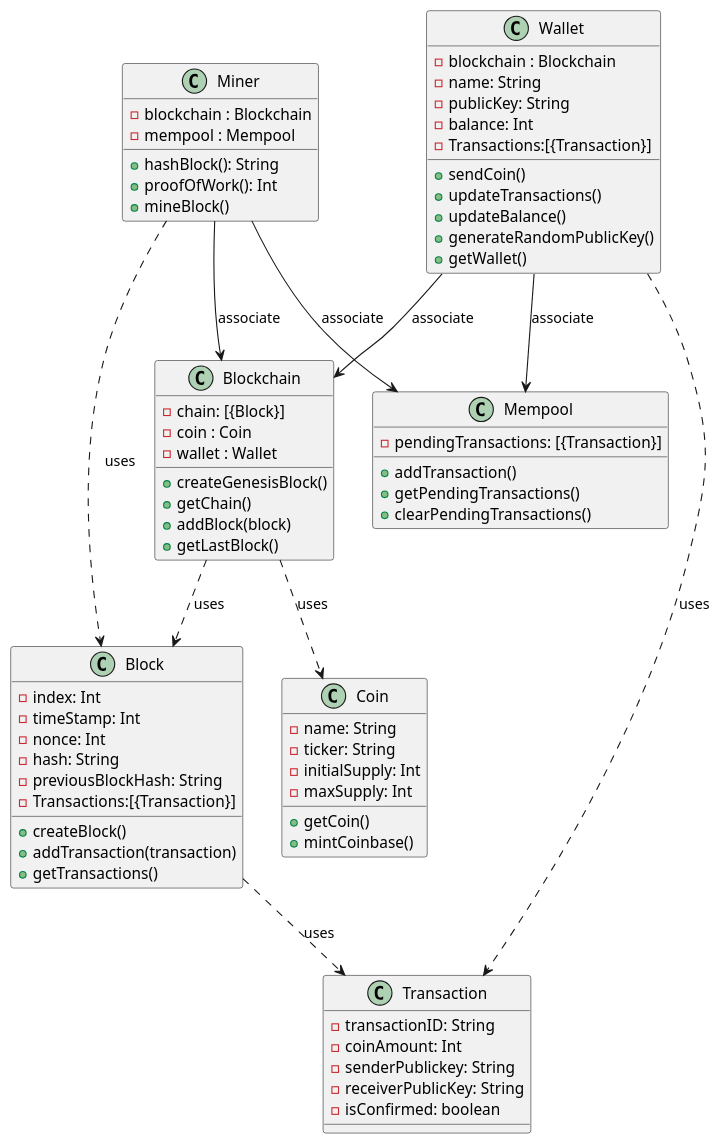
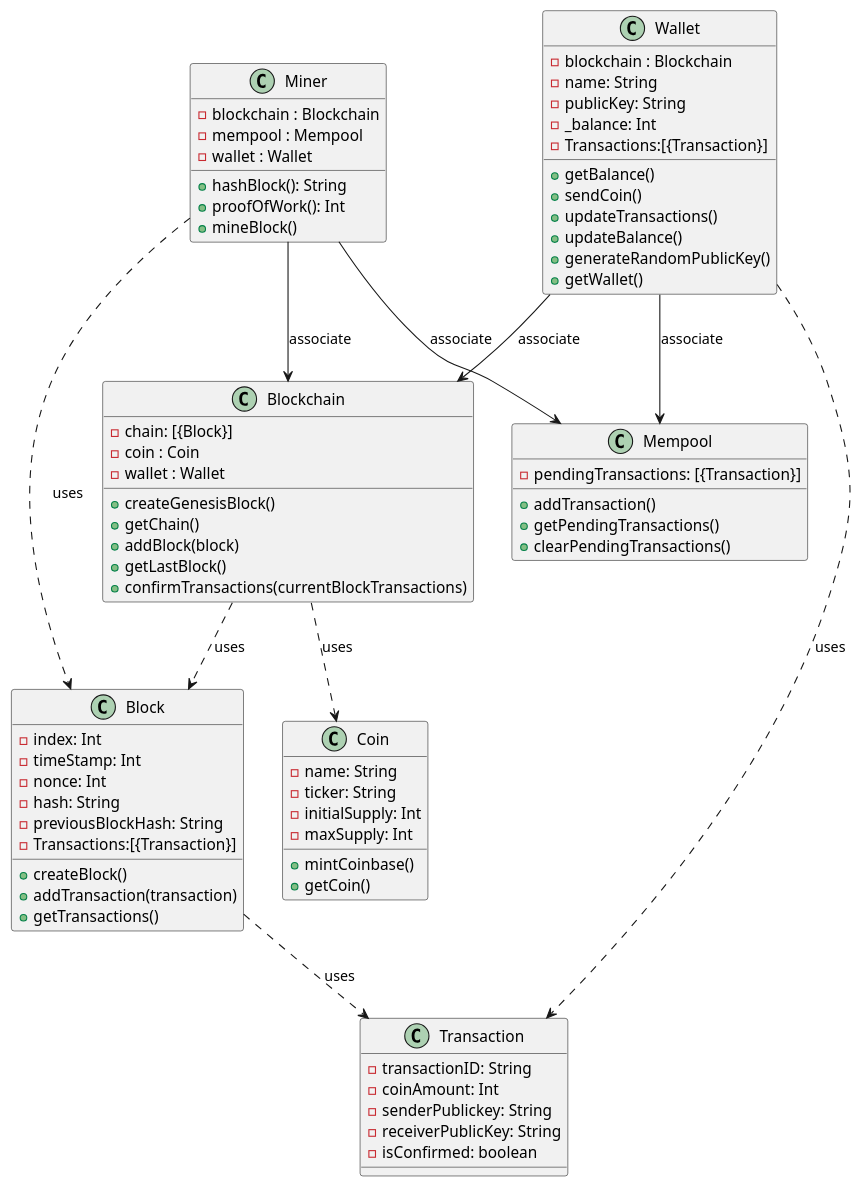
Before and after one commit to valleria-web/prototype: the diagram in prototipov1.plantuml, drawn with PlantUML. The commit also changed 4 other files, not shown here.

```diff
--- a/prototipov1.plantuml
+++ b/prototipov1.plantuml
@@ -1,82 +1,85 @@
 @startuml prototipov1
 
 class Blockchain{
     - chain: [{Block}]
     - coin : Coin
     - wallet : Wallet
     + createGenesisBlock()
     + getChain()
     + addBlock(block)
     + getLastBlock()
+    + confirmTransactions(currentBlockTransactions)
 }
 
 class Miner {
     - blockchain : Blockchain
     - mempool : Mempool
+    - wallet : Wallet
     + hashBlock(): String
     + proofOfWork(): Int
     + mineBlock()
 }
 
 class Mempool{
     - pendingTransactions: [{Transaction}]
     + addTransaction()
     + getPendingTransactions()
     + clearPendingTransactions()
 
 }
 
 class Block{
     - index: Int 
     - timeStamp: Int 
     - nonce: Int
     - hash: String 
     - previousBlockHash: String
     - Transactions:[{Transaction}]
     + createBlock()
     + addTransaction(transaction)
     + getTransactions()
 }
 
 class Transaction{
     - transactionID: String 
     - coinAmount: Int 
     - senderPublickey: String
     - receiverPublicKey: String
     - isConfirmed: boolean
 }
 
 class Wallet{
     - blockchain : Blockchain
     - name: String
     - publicKey: String
-    - balance: Int
+    - _balance: Int
     - Transactions:[{Transaction}]
+    + getBalance()
     + sendCoin()
     + updateTransactions()
     + updateBalance()
     + generateRandomPublicKey()
     + getWallet()
 
 }
 
 class Coin{
     - name: String
     - ticker: String 
     - initialSupply: Int
     - maxSupply: Int
+    + mintCoinbase()
     + getCoin()
-    + mintCoinbase()
 }
 
 Blockchain ..> Block : uses
 Blockchain ..> Coin : uses
 Miner ..> Block : uses
 Miner --> Blockchain : associate
 Miner --> Mempool : associate
 Wallet --> Blockchain : associate
 Wallet --> Mempool : associate
 Wallet ..> Transaction : uses
 Block ..> Transaction : uses
 
 @enduml
```
